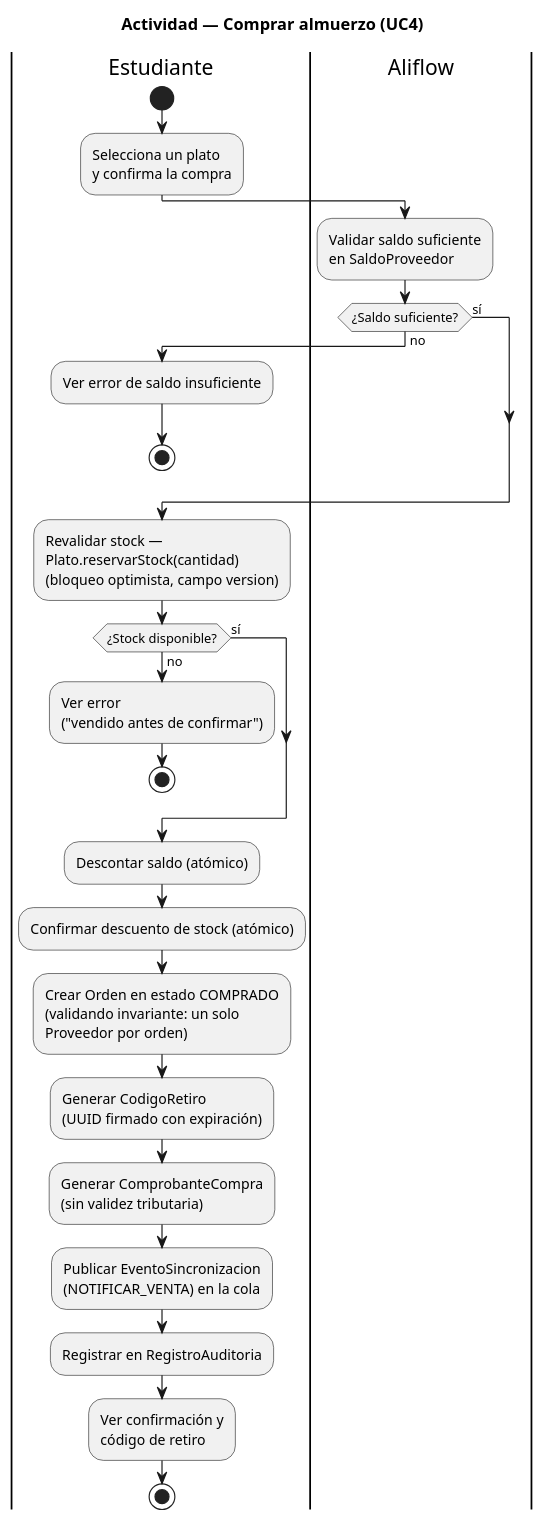
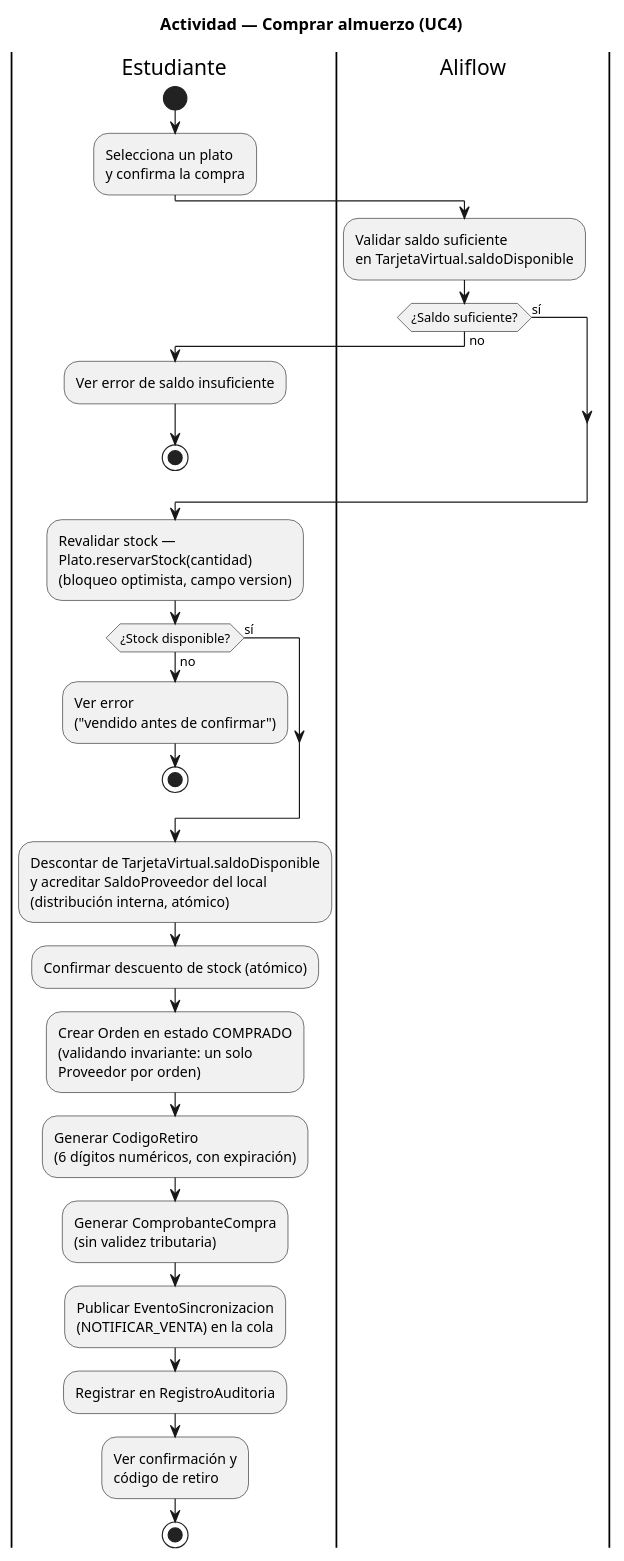
Before and after one commit to Jesus-JB/aliflow: the diagram in uml/actividad-compra-almuerzo.puml, drawn with PlantUML. The commit also changed 47 other files, not shown here.

```diff
--- a/uml/actividad-compra-almuerzo.puml
+++ b/uml/actividad-compra-almuerzo.puml
@@ -1,38 +1,38 @@
 @startuml actividad-compra-almuerzo-aliflow
 
 title Actividad — Comprar almuerzo (UC4)
 
 |Estudiante|
 start
 :Selecciona un plato\ny confirma la compra;
 
 |Aliflow|
-:Validar saldo suficiente\nen SaldoProveedor;
+:Validar saldo suficiente\nen TarjetaVirtual.saldoDisponible;
 if (¿Saldo suficiente?) then (no)
   |Estudiante|
   :Ver error de saldo insuficiente;
   stop
 else (sí)
 endif
 
 :Revalidar stock —\nPlato.reservarStock(cantidad)\n(bloqueo optimista, campo version);
 if (¿Stock disponible?) then (no)
   |Estudiante|
   :Ver error\n("vendido antes de confirmar");
   stop
 else (sí)
 endif
 
-:Descontar saldo (atómico);
+:Descontar de TarjetaVirtual.saldoDisponible\ny acreditar SaldoProveedor del local\n(distribución interna, atómico);
 :Confirmar descuento de stock (atómico);
 :Crear Orden en estado COMPRADO\n(validando invariante: un solo\nProveedor por orden);
-:Generar CodigoRetiro\n(UUID firmado con expiración);
+:Generar CodigoRetiro\n(6 dígitos numéricos, con expiración);
 :Generar ComprobanteCompra\n(sin validez tributaria);
 :Publicar EventoSincronizacion\n(NOTIFICAR_VENTA) en la cola;
 :Registrar en RegistroAuditoria;
 
 |Estudiante|
 :Ver confirmación y\ncódigo de retiro;
 stop
 
 @enduml
```
